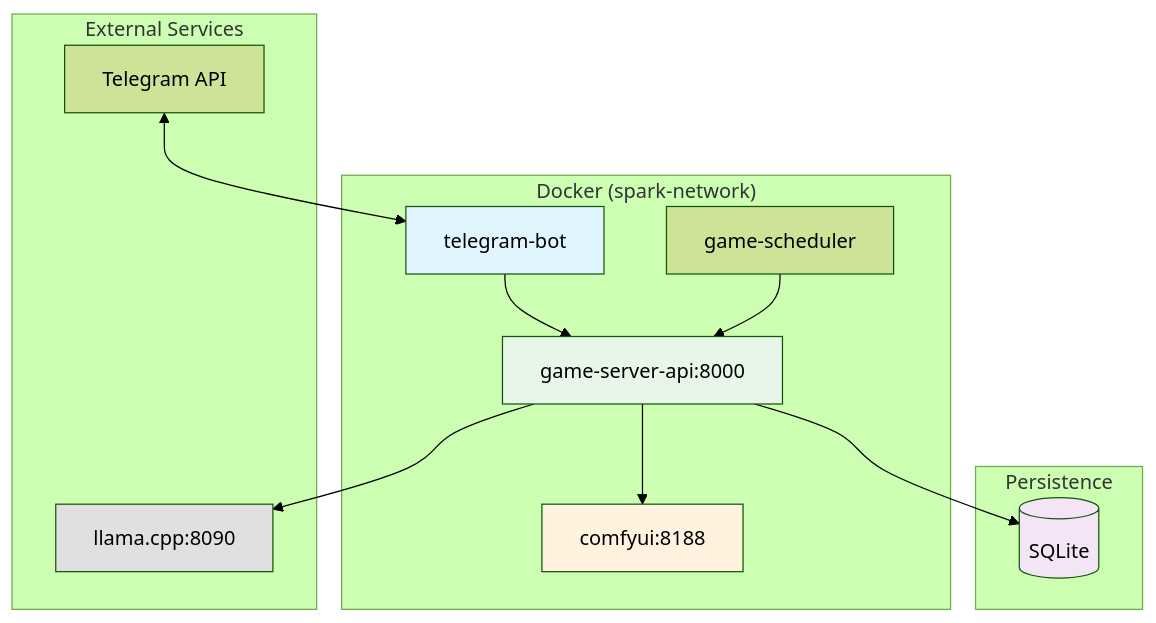
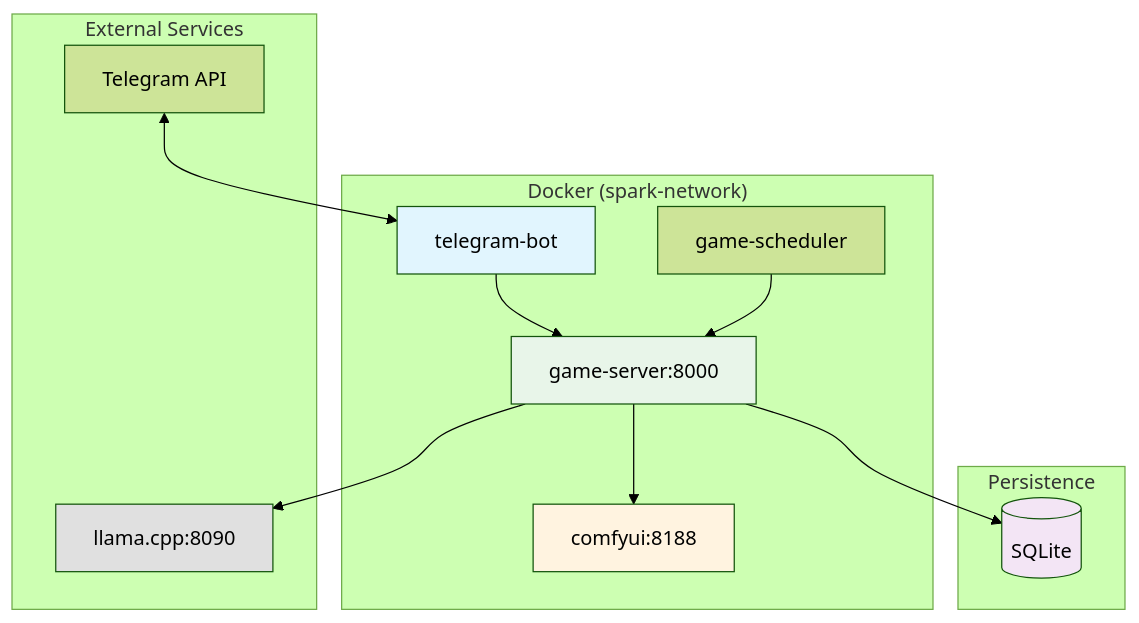
The diagram in docs/INTEGRATION.md (Slach/ai-games), drawn with Mermaid (forest theme) before and after one commit. The commit also changed other lines of this file and 39 other files, not shown here.

First line of the commit message:
refactor: rename game-server-api → game-server, game_master → game_server

````diff
--- a/docs/INTEGRATION.md
+++ b/docs/INTEGRATION.md
@@ -9,23 +9,23 @@
 ```mermaid
 graph TD
     subgraph "Docker (spark-network)"
-        TG[telegram-bot] --> GS[game-server-api:8000]
+        TG[telegram-bot] --> GS[game-server:8000]
         GM[game-scheduler] --> GS
         GS --> CF[comfyui:8188]
     end
 
     subgraph "External Services"
         TA[Telegram API] <--> TG
         GS --> LL[llama.cpp:8090]
     end
 
     subgraph "Persistence"
         GS --> DB[(SQLite)]
     end
 
     style GS fill:#E8F5E9
     style CF fill:#FFF3E0
     style LL fill:#E0E0E0
     style TG fill:#E1F5FE
     style DB fill:#F3E5F5
 ```
````
